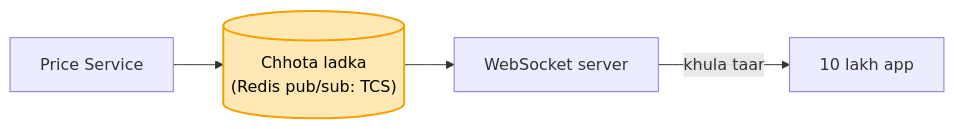
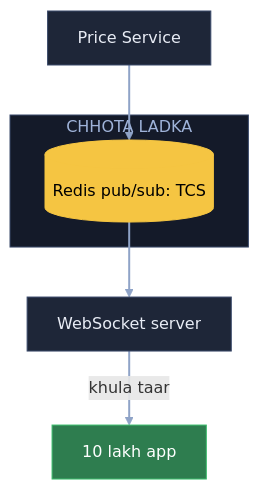
Before and after one commit to ArpanMaheshwari144/Prep: the eighth of 9 diagrams in 04_HLD/SYSTEM_DESIGNS/05_stock_broker_trading/05_stock_broker_trading.md, drawn with Mermaid. The commit also changed other lines of this file, not shown here.

Commit message:
Stock: 9 diagram YouTube (reel) wale card andaaz me

````diff
--- a/04_HLD/SYSTEM_DESIGNS/05_stock_broker_trading/05_stock_broker_trading.md
+++ b/04_HLD/SYSTEM_DESIGNS/05_stock_broker_trading/05_stock_broker_trading.md
@@ -180,7 +259,18 @@
 ```mermaid
-flowchart LR
-    P["Price Service"] --> R[("Chhota ladka<br/>(Redis pub/sub: TCS)")]
-    R --> W["WebSocket server"]
-    W -- "khula taar" --> U["10 lakh app"]
-    style R fill:#ffe8b3,stroke:#f59f00,stroke-width:2px,color:#000
+flowchart TB
+    P["Price Service"]:::card
+    subgraph CL["CHHOTA LADKA"]
+        R[("Redis pub/sub: TCS")]:::pill
+    end
+    W["WebSocket server"]:::card
+    U["10 lakh app"]:::good
+    P --> R
+    R --> W
+    W -- "khula taar" --> U
+    linkStyle default stroke:#8fa3c7,stroke-width:2px
+    classDef card fill:#1e2638,stroke:#3a4a6b,color:#e8ecf5
+    classDef pill fill:#f5c542,stroke:#f5c542,color:#000
+    classDef good fill:#2e7d4f,stroke:#3fbf6f,color:#fff
+    classDef bad fill:#5c1f24,stroke:#e05561,color:#fff
+    style CL fill:#141a29,stroke:#3a4a6b,color:#9fb3d9
 ```
````
